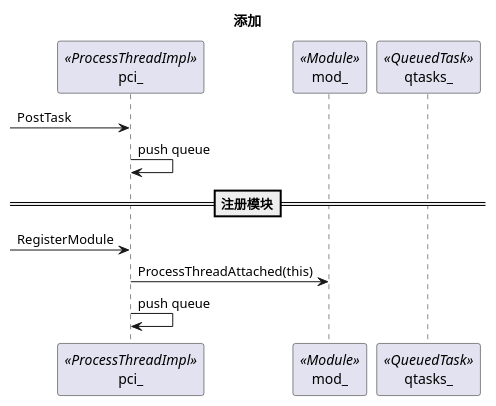
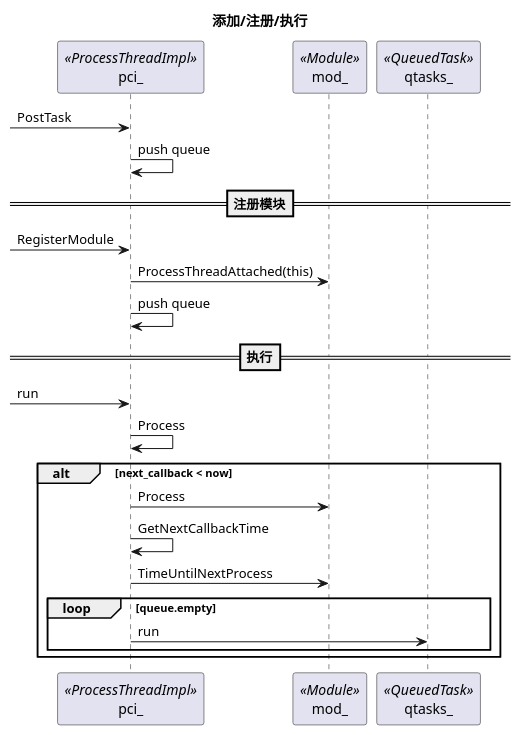
One commit to mingxin505/webrtcNote changed the fifth of 5 diagrams in webrtc_chrome/Thread.md. Above: the diagram before and after it, drawn with PlantUML. The commit also changed other lines of this file and 4 other files, not shown here.

````diff
--- a/webrtc_chrome/Thread.md
+++ b/webrtc_chrome/Thread.md
@@ -75,12 +76,23 @@
 ```plantuml
-title "添加"
+title "添加/注册/执行"
 participant pci_  as pci <<ProcessThreadImpl>>
 participant mod_  as mod <<Module>>
 participant qtasks_  as qtasks <<QueuedTask>>
 [-> pci : PostTask
 pci -> pci : push queue
 ==注册模块==
 [-> pci : RegisterModule
 pci -> mod : ProcessThreadAttached(this)
 pci -> pci : push queue
+==执行==
+[-> pci : run
+pci -> pci : Process
+alt next_callback < now
+pci -> mod : Process
+pci -> pci : GetNextCallbackTime
+pci -> mod : TimeUntilNextProcess
+loop queue.empty
+pci -> qtasks : run
+end
+end
 ```
````
